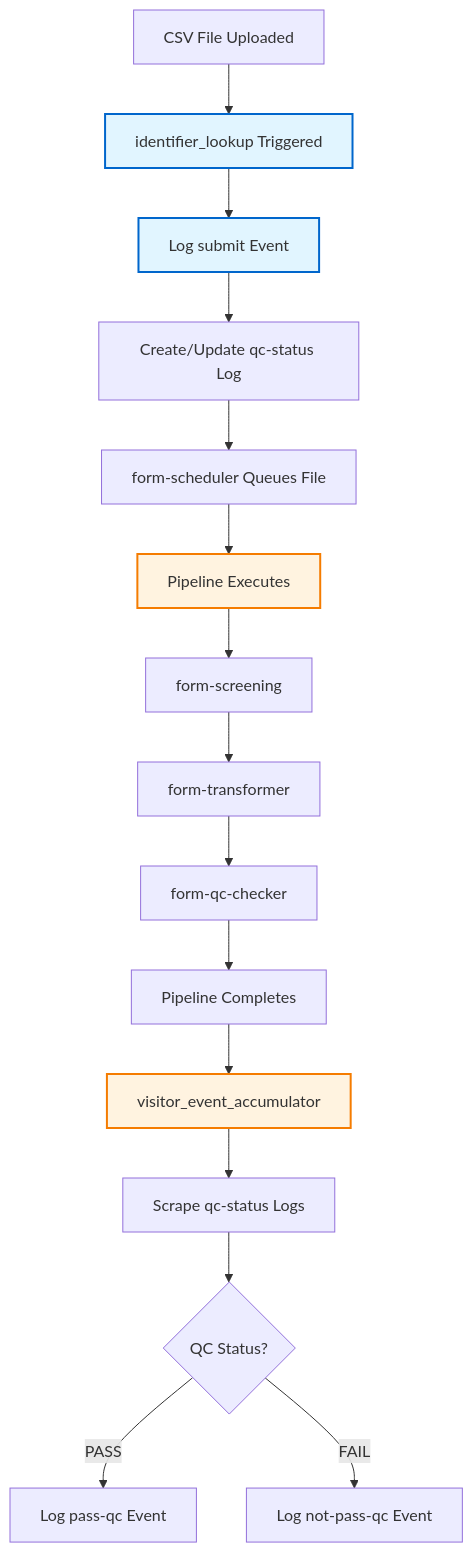
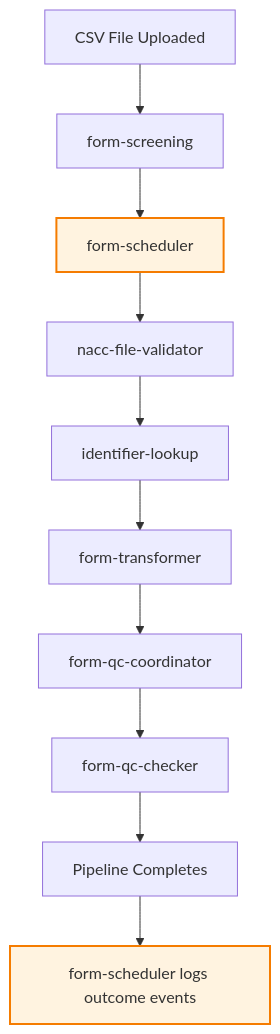
One commit to naccdata/flywheel-gear-extensions changed the second of 4 diagrams in docs/form_scheduler/event-logging.md. Above: the diagram before and after it, drawn with Mermaid. The commit also changed other lines of this file, not shown here.

Commit message:
Update event-logging documentation

````diff
--- a/docs/form_scheduler/event-logging.md
+++ b/docs/form_scheduler/event-logging.md
@@ -129,31 +133,16 @@
 ```mermaid
 flowchart TD
-    A[CSV File Uploaded] --> B[identifier_lookup Triggered]
-    B --> C[Log submit Event]
-    C --> D[Create/Update qc-status Log]
+    A[CSV File Uploaded] --> B[form-screening]
+    B --> C[form-scheduler]
+    C --> D[nacc-file-validator]
+    D --> E[identifier-lookup]
+    E --> F[form-transformer]
+    F --> G[form-qc-coordinator]
+    G --> H[form-qc-checker]
     
-    D --> E[form-scheduler Queues File]
-    E --> F[Pipeline Executes]
-    F --> G[form-screening]
-    G --> H[form-transformer]
-    H --> I[form-qc-checker]
+    H --> I[Pipeline Completes]
+    I --> J[form-scheduler logs outcome events]
     
-    I --> J[Pipeline Completes]
-    J --> K[visitor_event_accumulator]
-    
-    K --> L[Scrape qc-status Logs]
-    L --> M{QC Status?}
-    M -->|PASS| N[Log pass-qc Event]
-    M -->|FAIL| O[Log not-pass-qc Event]
-    
-    style B fill:#e1f5ff,stroke:#0066cc,stroke-width:2px
-    style C fill:#e1f5ff,stroke:#0066cc,stroke-width:2px
-    style K fill:#fff3e0,stroke:#f57c00,stroke-width:2px
-    style F fill:#fff3e0,stroke:#f57c00,stroke-width:2px
-    
-    classDef formScheduler fill:#fff3e0,stroke:#f57c00,stroke-width:2px
-    classDef submissionLogger fill:#e1f5ff,stroke:#0066cc,stroke-width:2px
-    
-    class K,F formScheduler
-    class B,C submissionLogger
+    style C fill:#fff3e0,stroke:#f57c00,stroke-width:2px
+    style J fill:#fff3e0,stroke:#f57c00,stroke-width:2px
 ```
````
